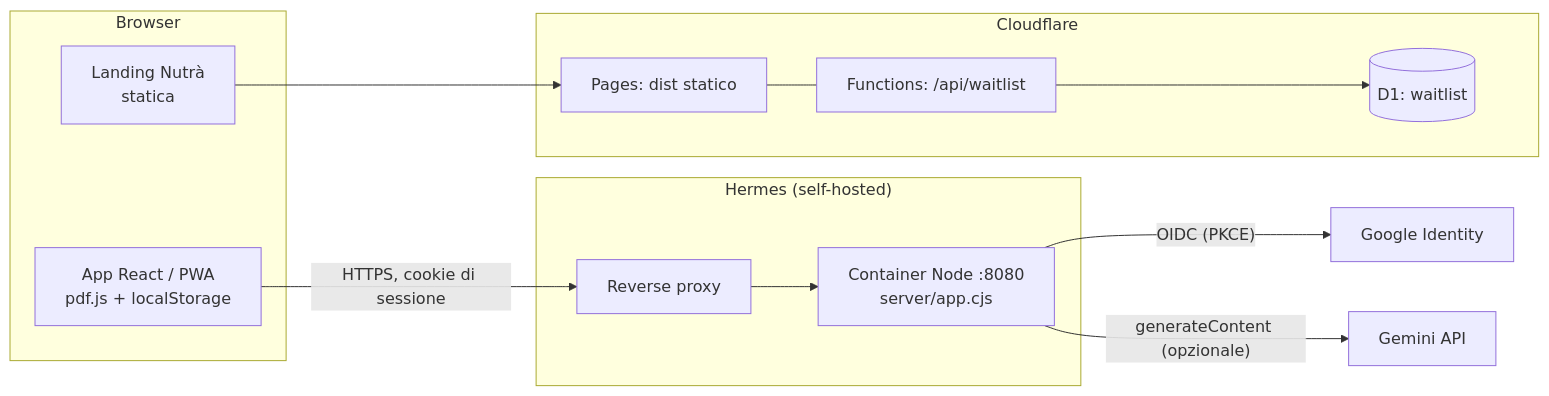
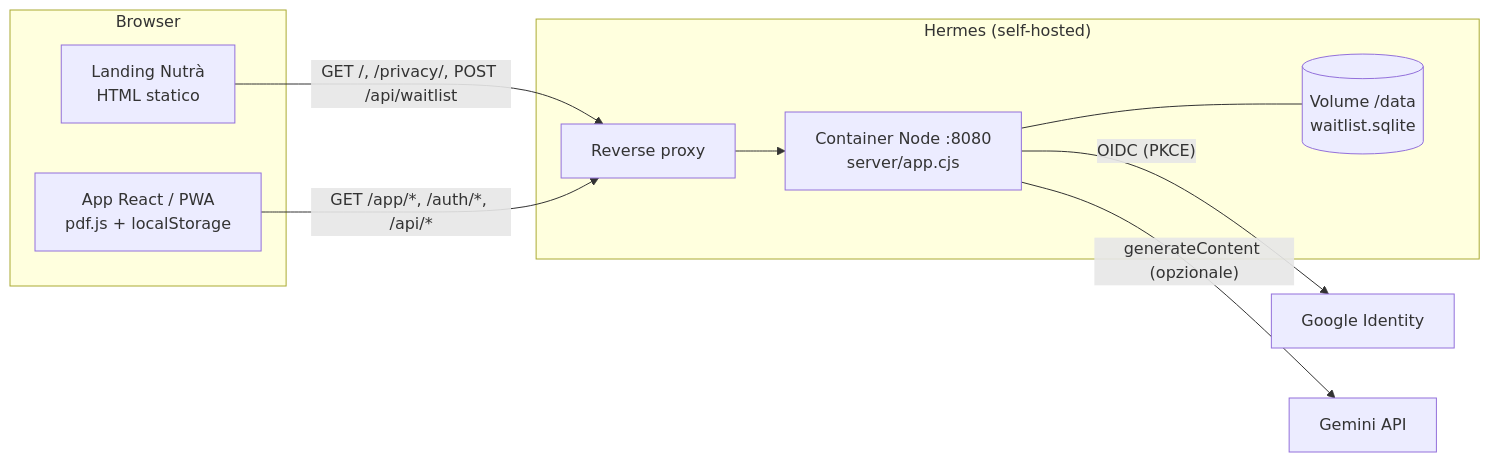
Before and after one commit to M4nu0w2/M4nu0w2.github.io: the diagram in README.md, drawn with Mermaid. The commit also changed other lines of this file and 31 other files, not shown here.

First line of the commit message:
feat: serve landing at root and move web app under /app

````diff
--- a/README.md
+++ b/README.md
@@ -34,20 +35,15 @@
 ```mermaid
 flowchart LR
   subgraph Browser
     PWA[App React / PWA<br/>pdf.js + localStorage]
-    LP[Landing Nutrà<br/>statica]
+    LP[Landing Nutrà<br/>HTML statico]
   end
   subgraph Hermes["Hermes (self-hosted)"]
     Proxy[Reverse proxy] --> Node["Container Node :8080<br/>server/app.cjs"]
+    Node --- Vol[("Volume /data<br/>waitlist.sqlite")]
   end
-  subgraph CF[Cloudflare]
-    Pages[Pages: dist statico]
-    Fn[Functions: /api/waitlist]
-    D1[(D1: waitlist)]
-    Pages --- Fn --> D1
-  end
-  PWA -- "HTTPS, cookie di sessione" --> Proxy
+  LP -- "GET /, /privacy/, POST /api/waitlist" --> Proxy
+  PWA -- "GET /app/*, /auth/*, /api/*" --> Proxy
   Node -- "OIDC (PKCE)" --> Google[Google Identity]
   Node -- "generateContent (opzionale)" --> Gemini[Gemini API]
-  LP --> Pages
 ```
````
